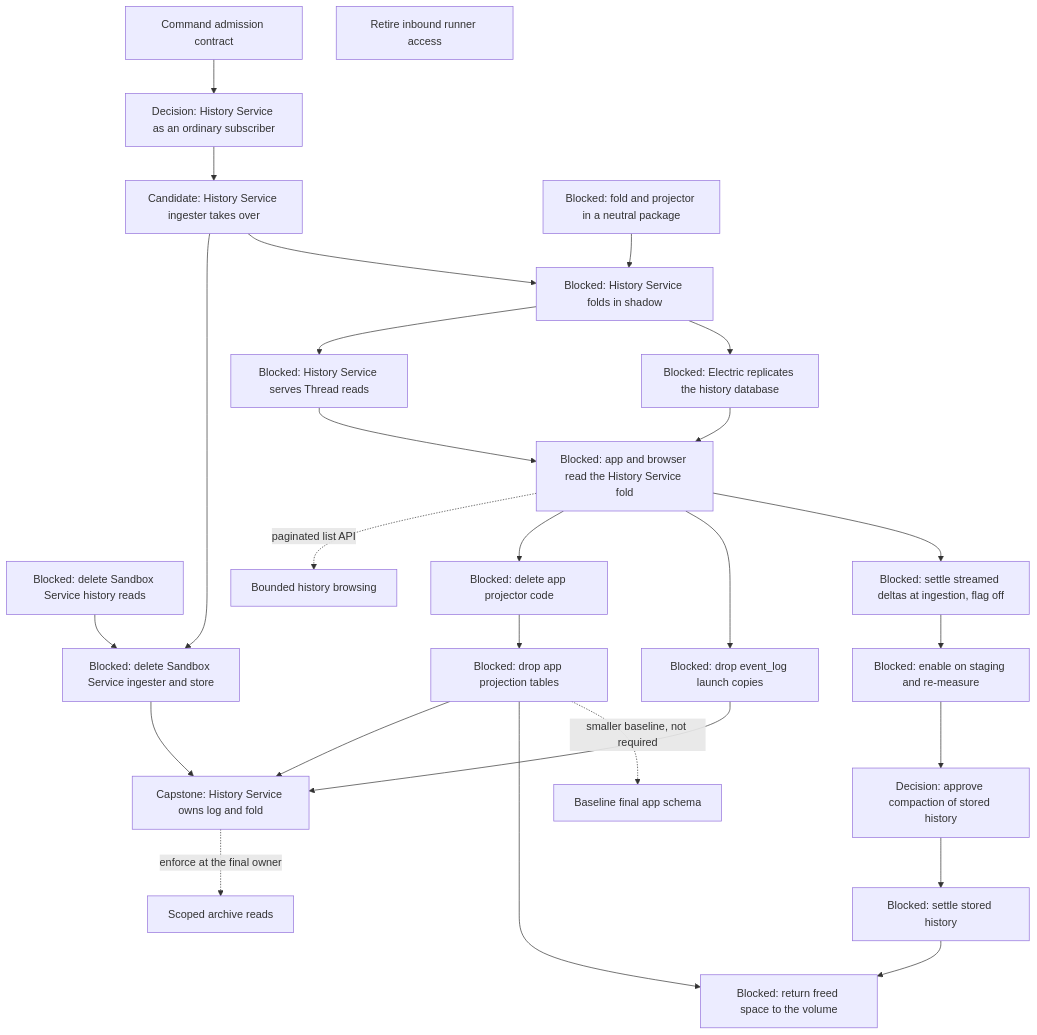
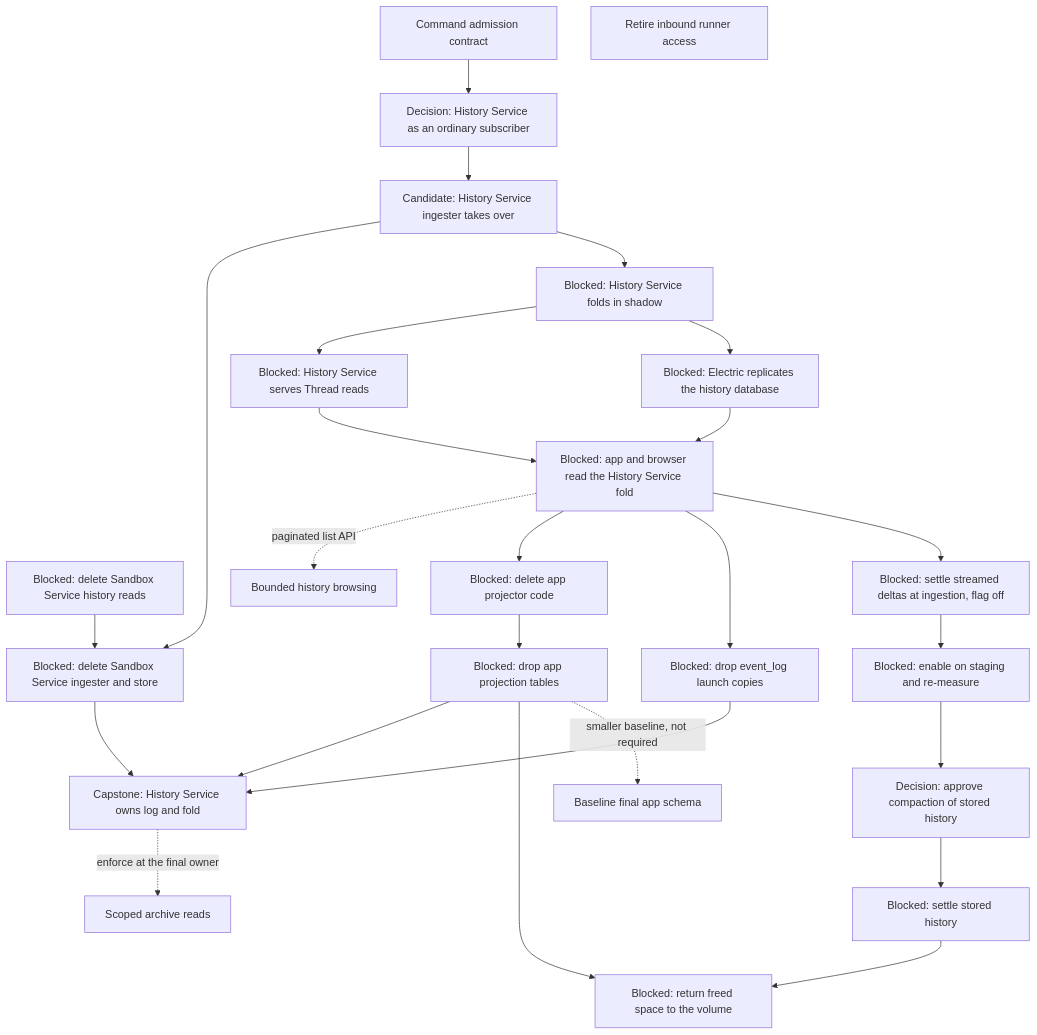
The eighth of 9 diagrams in agentplane/plans/task_dag.md (agentydragon/ducktape), drawn with Mermaid before and after one commit. The commit also changed other lines of this file and 64 other files, not shown here.

````diff
--- a/agentplane/plans/task_dag.md
+++ b/agentplane/plans/task_dag.md
@@ -749,51 +749,49 @@
 ```mermaid
 flowchart TD
     SESSION_FOLLOW_CONTRACT[Decision: History Service as an ordinary subscriber]
     SESSION_COMMAND_CONTRACT[Command admission contract]
     SANDBOX_HISTORY_READS_RETIRE[Blocked: delete Sandbox Service history reads]
     HISTORY_WRITE_HANDOFF[Candidate: History Service ingester takes over]
     SANDBOX_LOCAL_HISTORY_RETIRE[Blocked: delete Sandbox Service ingester and store]
-    FOLD_LIBRARY_EXTRACT[Blocked: fold and projector in a neutral package]
     FOLD_SHADOW[Blocked: History Service folds in shadow]
     FOLD_READ_API[Blocked: History Service serves Thread reads]
     ELECTRIC_HISTORY_SOURCE[Blocked: Electric replicates the history database]
     FOLD_READ_CUTOVER[Blocked: app and browser read the History Service fold]
     APP_PROJECTOR_RETIRE[Blocked: delete app projector code]
     APP_PROJECTION_RETIRE[Blocked: drop app projection tables]
     APP_EVENT_LOG_COPIES_RETIRE[Blocked: drop event_log launch copies]
     HISTORY_SERVICE_OWNERSHIP[Capstone: History Service owns log and fold]
     SESSION_EVENT_RETENTION[Blocked: settle streamed deltas at ingestion, flag off]
     SESSION_EVENT_RETENTION_ENABLE[Blocked: enable on staging and re-measure]
     SESSION_EVENT_COMPACTION_PLAN[Decision: approve compaction of stored history]
     SESSION_EVENT_COMPACTION[Blocked: settle stored history]
     HISTORY_REPACK[Blocked: return freed space to the volume]
     APP_ALEMBIC_SQUASH[Baseline final app schema]
     THREAD_BROWSE_PAGINATE[Bounded history browsing]
     THREAD_READ_POLICY[Scoped archive reads]
     RUNNER_INBOUND_RETIRE[Retire inbound runner access]
     SESSION_COMMAND_CONTRACT --> SESSION_FOLLOW_CONTRACT
     SESSION_FOLLOW_CONTRACT --> HISTORY_WRITE_HANDOFF
     HISTORY_WRITE_HANDOFF --> SANDBOX_LOCAL_HISTORY_RETIRE
     SANDBOX_HISTORY_READS_RETIRE --> SANDBOX_LOCAL_HISTORY_RETIRE
-    FOLD_LIBRARY_EXTRACT --> FOLD_SHADOW
     HISTORY_WRITE_HANDOFF --> FOLD_SHADOW
     FOLD_SHADOW --> FOLD_READ_API
     FOLD_SHADOW --> ELECTRIC_HISTORY_SOURCE
     FOLD_READ_API --> FOLD_READ_CUTOVER
     FOLD_READ_CUTOVER -. paginated list API .-> THREAD_BROWSE_PAGINATE
     ELECTRIC_HISTORY_SOURCE --> FOLD_READ_CUTOVER
     FOLD_READ_CUTOVER --> APP_PROJECTOR_RETIRE
     APP_PROJECTOR_RETIRE --> APP_PROJECTION_RETIRE
     FOLD_READ_CUTOVER --> APP_EVENT_LOG_COPIES_RETIRE
     APP_EVENT_LOG_COPIES_RETIRE --> HISTORY_SERVICE_OWNERSHIP
     APP_PROJECTION_RETIRE --> HISTORY_SERVICE_OWNERSHIP
     SANDBOX_LOCAL_HISTORY_RETIRE --> HISTORY_SERVICE_OWNERSHIP
     FOLD_READ_CUTOVER --> SESSION_EVENT_RETENTION
     SESSION_EVENT_RETENTION --> SESSION_EVENT_RETENTION_ENABLE
     SESSION_EVENT_RETENTION_ENABLE --> SESSION_EVENT_COMPACTION_PLAN
     SESSION_EVENT_COMPACTION_PLAN --> SESSION_EVENT_COMPACTION
     SESSION_EVENT_COMPACTION --> HISTORY_REPACK
     APP_PROJECTION_RETIRE --> HISTORY_REPACK
     APP_PROJECTION_RETIRE -. smaller baseline, not required .-> APP_ALEMBIC_SQUASH
     HISTORY_SERVICE_OWNERSHIP -. enforce at the final owner .-> THREAD_READ_POLICY
 ```
````
